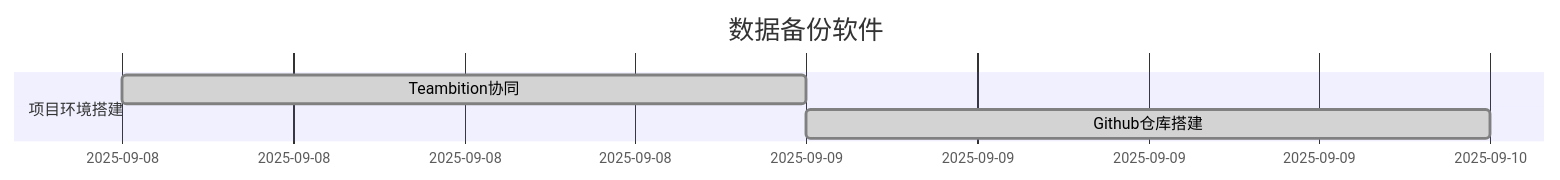
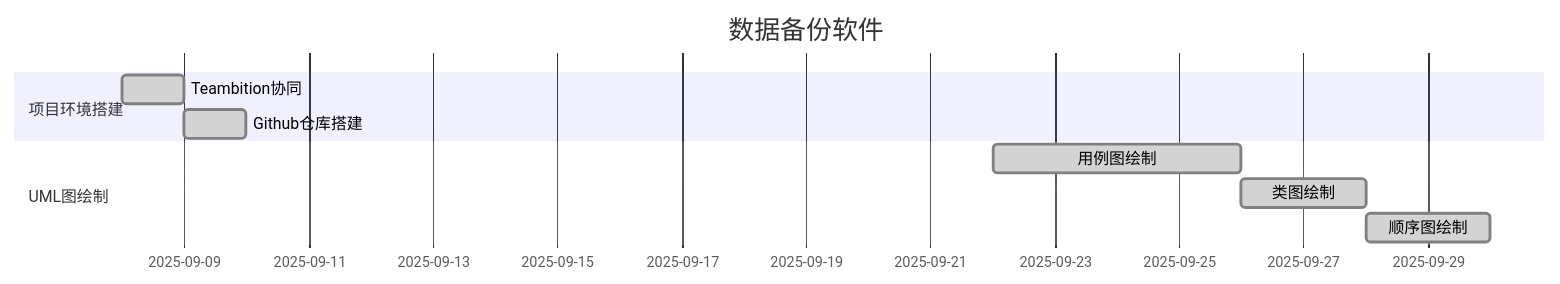
One commit to TeamStudents/BakeUData changed the diagram in 流程分配.md. Above: the diagram before and after it, drawn with Mermaid.

Commit message:
甘特图更新

````diff
--- a/流程分配.md
+++ b/流程分配.md
@@ -1,8 +1,12 @@
 ```mermaid
 gantt
 title 数据备份软件
 dateFormat MM-DD
 section 项目环境搭建
 Teambition协同: done,task1,09-08,1d
 Github仓库搭建: done,task2,09-09,1d
+section UML图绘制
+用例图绘制 : done,task1,09-22,4d
+类图绘制:done,task2,09-26,2d
+顺序图绘制:done,task3,09-28,2d
 ```
````
